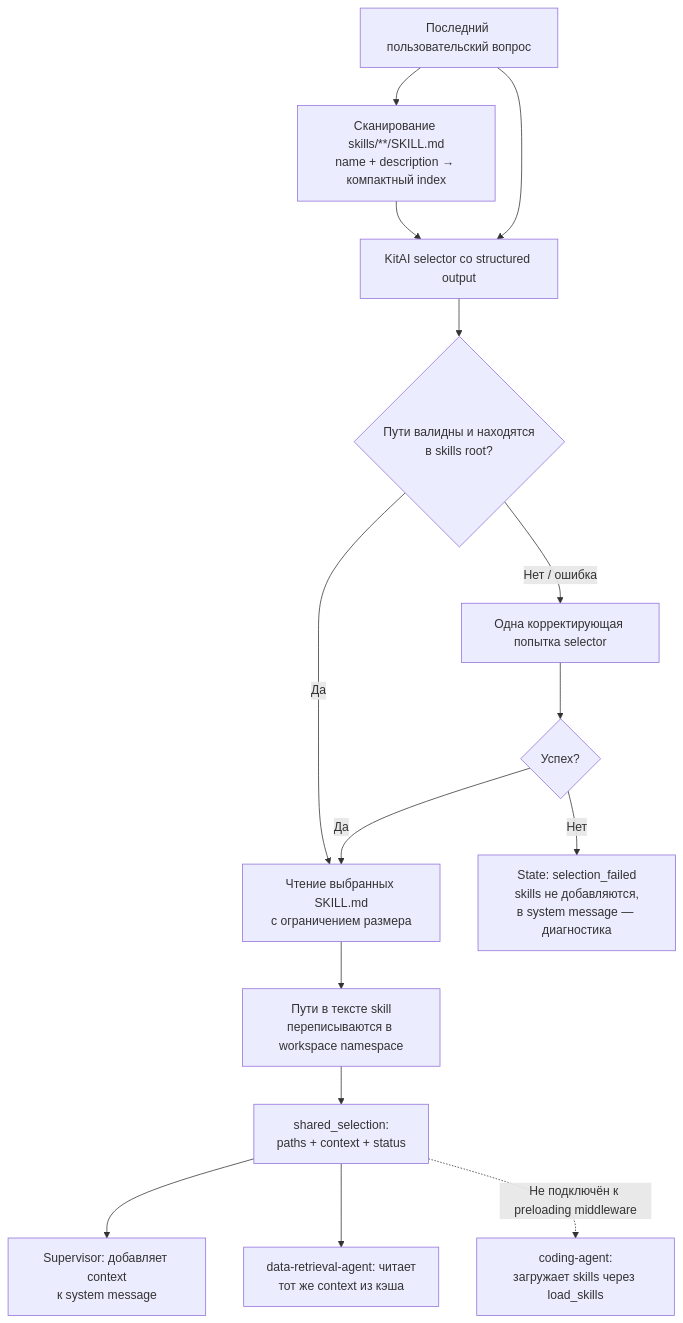
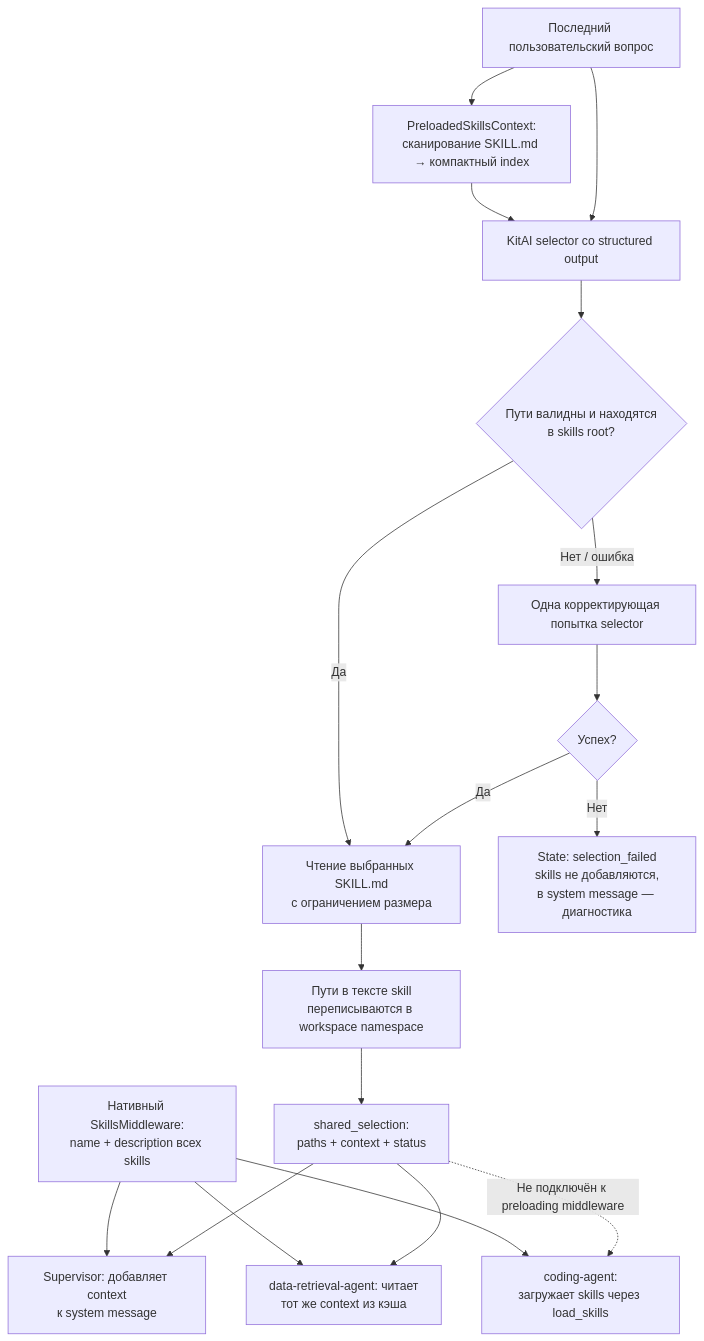
The third of 5 diagrams in docs/request_lifecycle.md (Viacheslav-hub-blip/PlannerAgent), drawn with Mermaid before and after one commit. The commit also changed other lines of this file and 6 other files, not shown here.

Commit message:
Restore skills index and clarify Spark artifacts

````diff
--- a/docs/request_lifecycle.md
+++ b/docs/request_lifecycle.md
@@ -91,17 +91,20 @@
 ```mermaid
 flowchart TB
-    Question["Последний пользовательский вопрос"] --> Index["Сканирование skills/**/SKILL.md<br/>name + description → компактный index"]
+    NativeIndex["Нативный SkillsMiddleware:<br/>name + description всех skills"] --> SupervisorPrompt
+    NativeIndex --> DataPrompt
+    NativeIndex --> CodingPrompt
+    Question["Последний пользовательский вопрос"] --> Index["PreloadedSkillsContext:<br/>сканирование SKILL.md → компактный index"]
     Index --> Selector["KitAI selector со structured output"]
     Question --> Selector
     Selector --> Check{"Пути валидны и находятся<br/>в skills root?"}
     Check -- "Да" --> Read["Чтение выбранных SKILL.md<br/>с ограничением размера"]
     Check -- "Нет / ошибка" --> Retry["Одна корректирующая попытка selector"]
     Retry --> Check2{"Успех?"}
     Check2 -- "Да" --> Read
     Check2 -- "Нет" --> Failed["State: selection_failed<br/>skills не добавляются,<br/>в system message — диагностика"]
     Read --> Rewrite["Пути в тексте skill<br/>переписываются в workspace namespace"]
     Rewrite --> Cache["shared_selection:<br/>paths + context + status"]
     Cache --> SupervisorPrompt["Supervisor: добавляет context<br/>к system message"]
     Cache --> DataPrompt["data-retrieval-agent: читает<br/>тот же context из кэша"]
     Cache -. "Не подключён к preloading middleware" .-> CodingPrompt["coding-agent:<br/>загружает skills через load_skills"]
 ```
````
